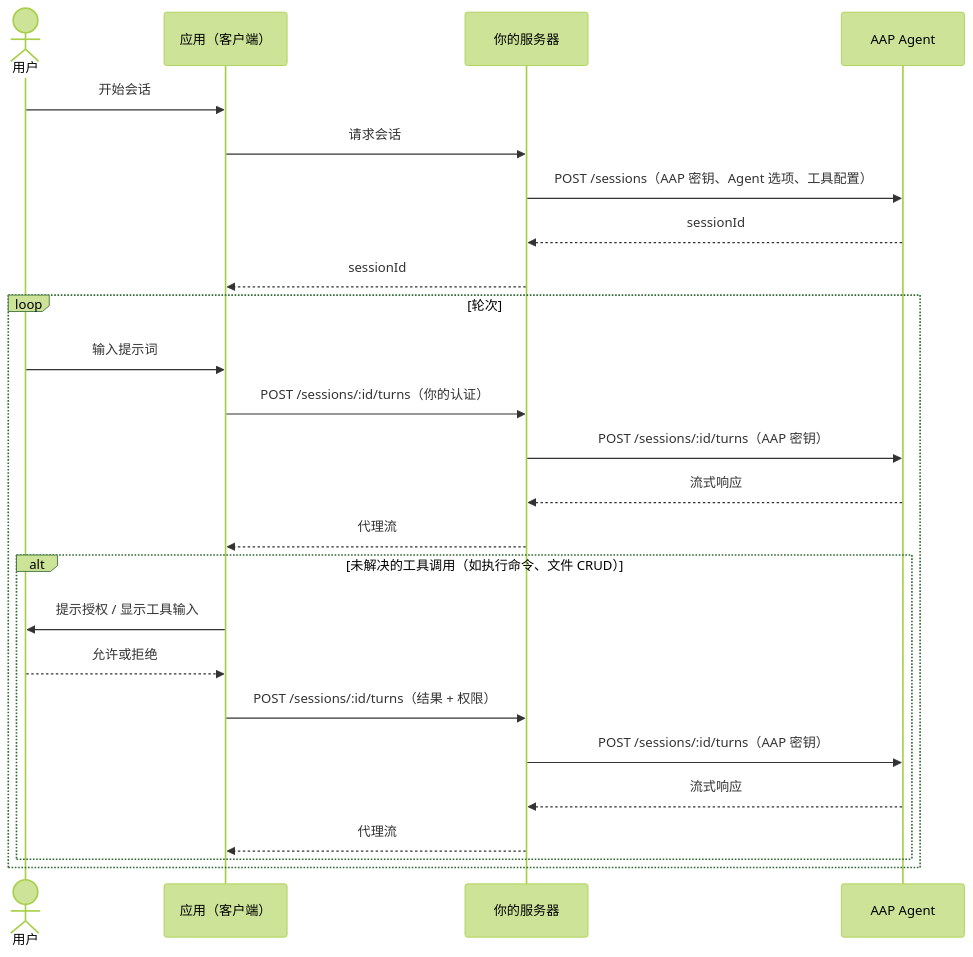
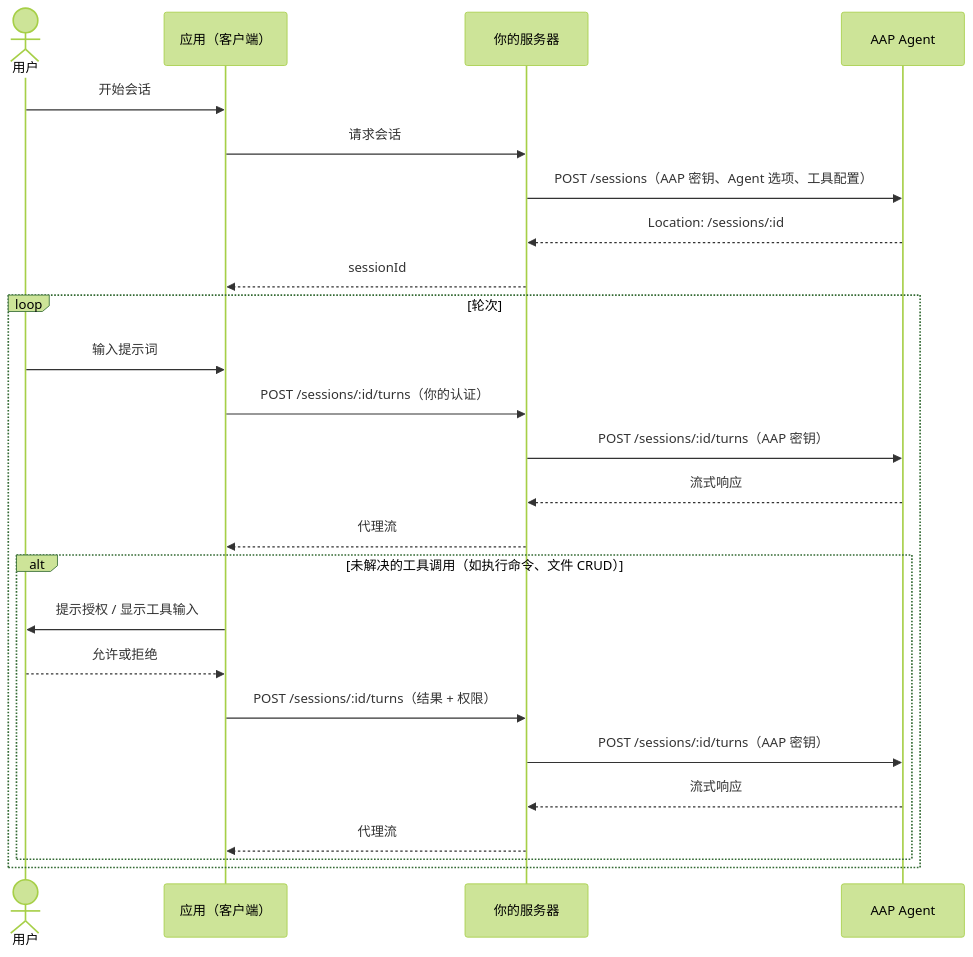
One commit to agentapplicationprotocol/agent-application-protocol changed the diagram in docs/zh/build-a-managed-app.md. Above: the diagram before and after it, drawn with Mermaid (forest theme). The commit also changed other lines of this file and 15 other files, not shown here.

````diff
--- a/docs/zh/build-a-managed-app.md
+++ b/docs/zh/build-a-managed-app.md
@@ -46,28 +46,28 @@
 ```mermaid
 sequenceDiagram
     actor User as 用户
     participant App as 应用（客户端）
     participant Server as 你的服务器
     participant Agent as AAP Agent
 
     User->>App: 开始会话
     App->>Server: 请求会话
     Server->>Agent: POST /sessions（AAP 密钥、Agent 选项、工具配置）
-    Agent-->>Server: sessionId
+    Agent-->>Server: Location: /sessions/:id
     Server-->>App: sessionId
     loop 轮次
         User->>App: 输入提示词
         App->>Server: POST /sessions/:id/turns（你的认证）
         Server->>Agent: POST /sessions/:id/turns（AAP 密钥）
         Agent-->>Server: 流式响应
         Server-->>App: 代理流
         alt 未解决的工具调用（如执行命令、文件 CRUD）
             App->>User: 提示授权 / 显示工具输入
             User-->>App: 允许或拒绝
             App->>Server: POST /sessions/:id/turns（结果 + 权限）
             Server->>Agent: POST /sessions/:id/turns（AAP 密钥）
             Agent-->>Server: 流式响应
             Server-->>App: 代理流
         end
     end
 ```
````
